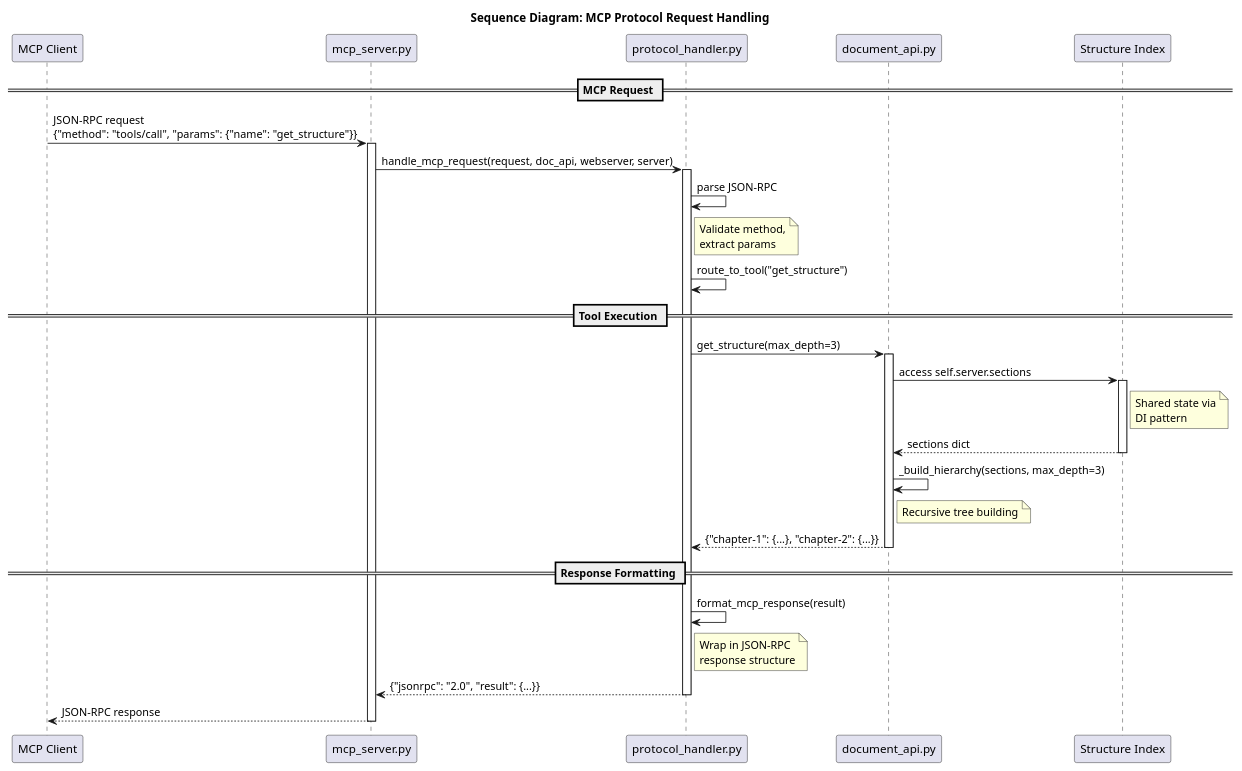
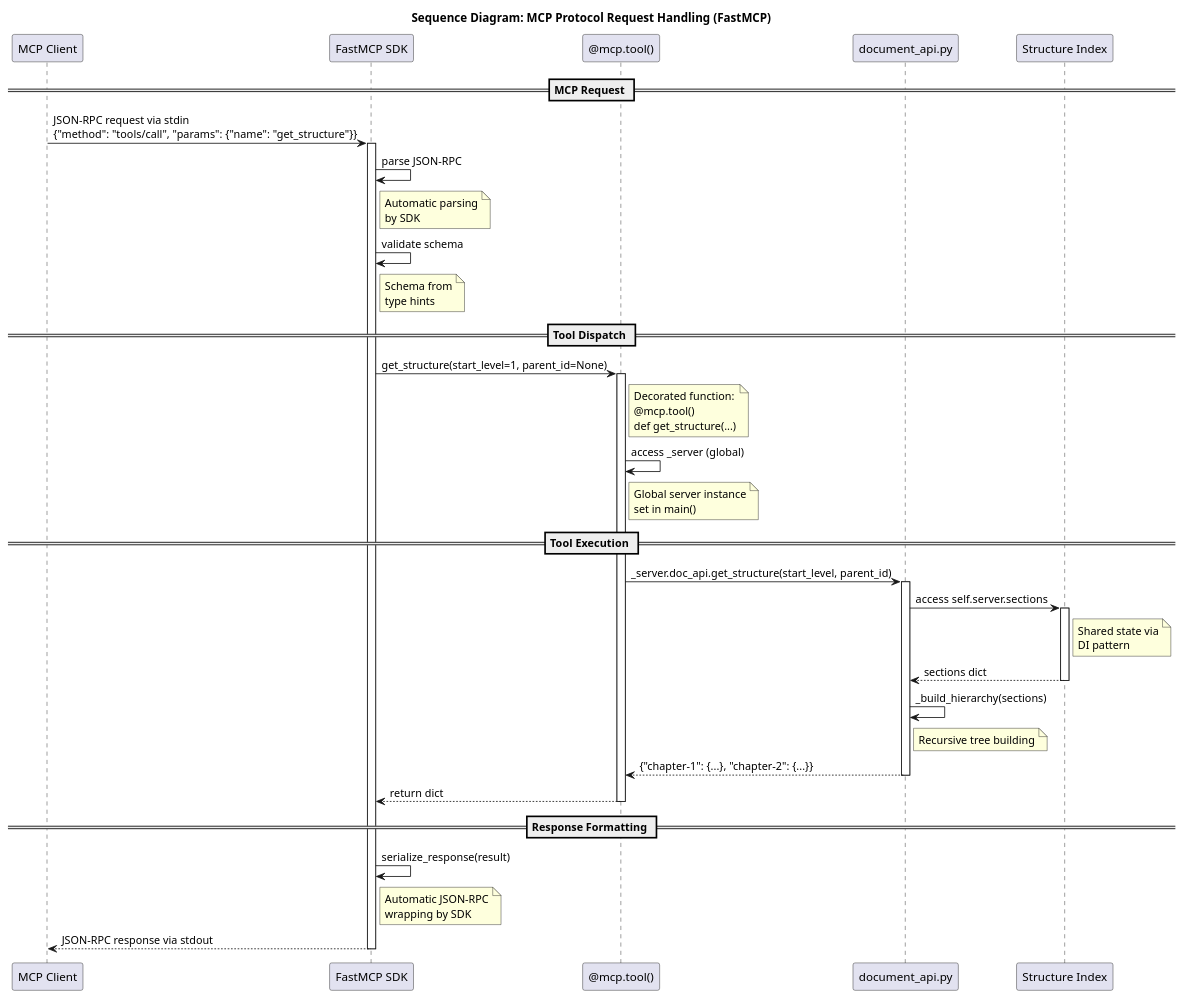
Before and after one commit to raifdmueller/asciidoc-mcp: the sixth of 6 diagrams in docs/arc42/06_runtime.adoc, drawn with PlantUML. The commit also changed other lines of this file and 2 other files, not shown here.

First paragraph of the commit message:
docs: Update arc42 architecture documentation for FastMCP migration
Updates architecture documentation to reflect FastMCP SDK integration.

```diff
--- a/docs/arc42/06_runtime.adoc
+++ b/docs/arc42/06_runtime.adoc
@@ -306,52 +306,58 @@
 [plantuml, mcp-protocol-flow, svg]
 ----
 @startuml
-title Sequence Diagram: MCP Protocol Request Handling
+title Sequence Diagram: MCP Protocol Request Handling (FastMCP)
 
 participant "MCP Client" as Client
-participant "mcp_server.py" as Server
-participant "protocol_handler.py" as Protocol
+participant "FastMCP SDK" as FastMCP
+participant "@mcp.tool()" as Tool
 participant "document_api.py" as DocAPI
 participant "Structure Index" as Idx
 
 == MCP Request ==
-Client -> Server: JSON-RPC request\n{"method": "tools/call", "params": {"name": "get_structure"}}
-activate Server
+Client -> FastMCP: JSON-RPC request via stdin\n{"method": "tools/call", "params": {"name": "get_structure"}}
+activate FastMCP
 
-Server -> Protocol: handle_mcp_request(request, doc_api, webserver, server)
-activate Protocol
+FastMCP -> FastMCP: parse JSON-RPC
+note right of FastMCP: Automatic parsing\nby SDK
 
-Protocol -> Protocol: parse JSON-RPC
-note right of Protocol: Validate method,\nextract params
+FastMCP -> FastMCP: validate schema
+note right of FastMCP: Schema from\ntype hints
 
-Protocol -> Protocol: route_to_tool("get_structure")
+== Tool Dispatch ==
+FastMCP -> Tool: get_structure(start_level=1, parent_id=None)
+activate Tool
+note right of Tool: Decorated function:\n@mcp.tool()\ndef get_structure(...)
+
+Tool -> Tool: access _server (global)
+note right of Tool: Global server instance\nset in main()
 
 == Tool Execution ==
-Protocol -> DocAPI: get_structure(max_depth=3)
+Tool -> DocAPI: _server.doc_api.get_structure(start_level, parent_id)
 activate DocAPI
 
 DocAPI -> Idx: access self.server.sections
 activate Idx
 note right of Idx: Shared state via\nDI pattern
 
 Idx --> DocAPI: sections dict
 deactivate Idx
 
-DocAPI -> DocAPI: _build_hierarchy(sections, max_depth=3)
+DocAPI -> DocAPI: _build_hierarchy(sections)
 note right of DocAPI: Recursive tree building
 
-DocAPI --> Protocol: {"chapter-1": {...}, "chapter-2": {...}}
+DocAPI --> Tool: {"chapter-1": {...}, "chapter-2": {...}}
 deactivate DocAPI
 
+Tool --> FastMCP: return dict
+deactivate Tool
+
 == Response Formatting ==
-Protocol -> Protocol: format_mcp_response(result)
-note right of Protocol: Wrap in JSON-RPC\nresponse structure
+FastMCP -> FastMCP: serialize_response(result)
+note right of FastMCP: Automatic JSON-RPC\nwrapping by SDK
 
-Protocol --> Server: {"jsonrpc": "2.0", "result": {...}}
-deactivate Protocol
-
-Server --> Client: JSON-RPC response
-deactivate Server
+FastMCP --> Client: JSON-RPC response via stdout
+deactivate FastMCP
 
 @enduml
 ----
```
